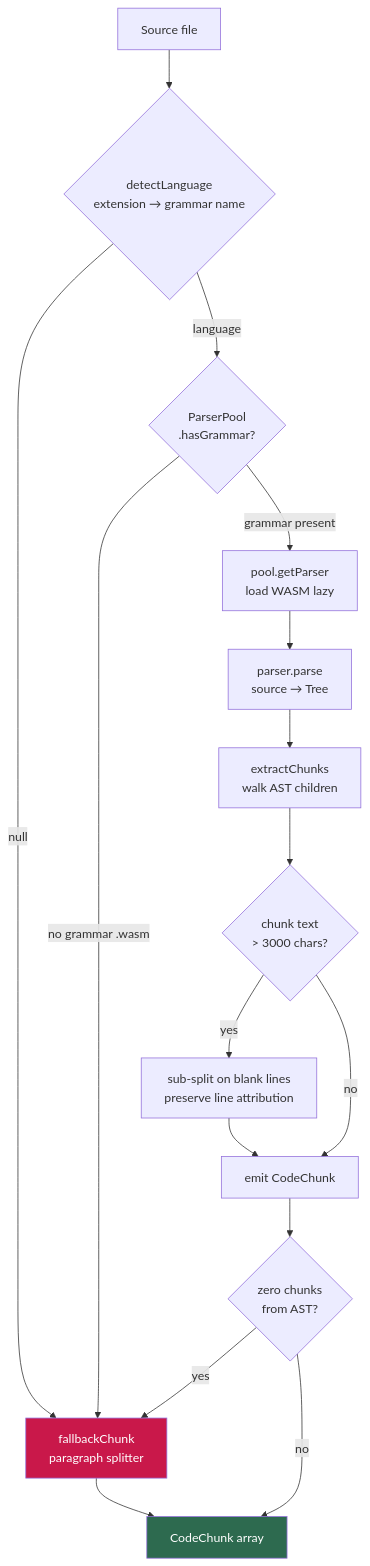
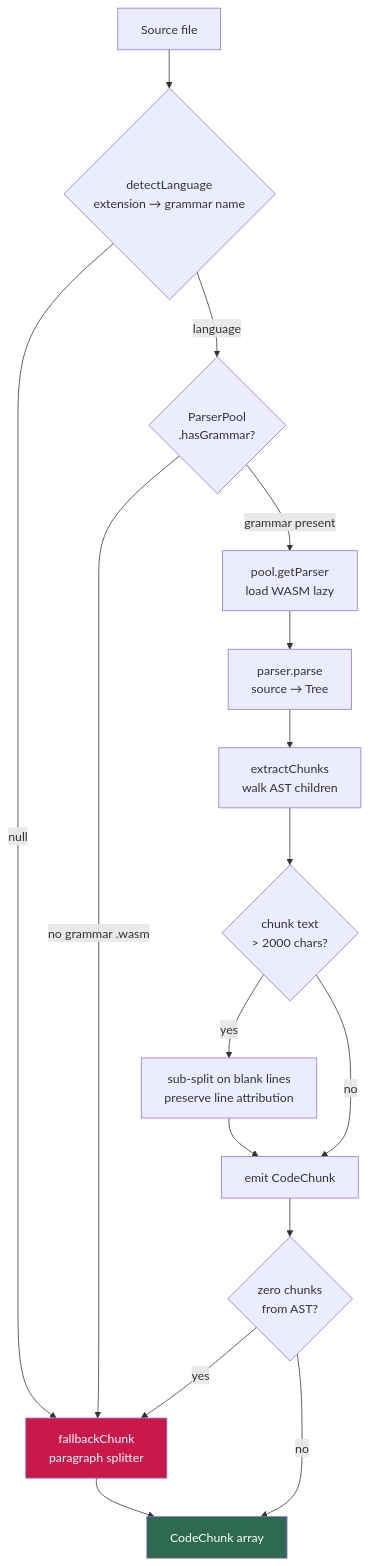
One commit to vansweej/ai-coding changed the fifth of 8 diagrams in docs/codebase-indexer.md. Above: the diagram before and after it, drawn with Mermaid. The commit also changed other lines of this file and 11 other files, not shown here.

````diff
--- a/docs/codebase-indexer.md
+++ b/docs/codebase-indexer.md
@@ -232,21 +232,21 @@
 ```mermaid
 flowchart TD
     A[Source file] --> B{detectLanguage\nextension → grammar name}
     B -->|null| FALL[fallbackChunk\nparagraph splitter]
     B -->|language| C{ParserPool\n.hasGrammar?}
     C -->|no grammar .wasm| FALL
     C -->|grammar present| D[pool.getParser\nload WASM lazy]
     D --> E[parser.parse\nsource → Tree]
     E --> F[extractChunks\nwalk AST children]
-    F --> G{chunk text\n> 3000 chars?}
+    F --> G{chunk text\n> 2000 chars?}
     G -->|yes| H[sub-split on blank lines\npreserve line attribution]
     G -->|no| I[emit CodeChunk]
     H --> I
     I --> J{zero chunks\nfrom AST?}
     J -->|yes| FALL
     J -->|no| OUT[CodeChunk array]
     FALL --> OUT
 
     style FALL fill:#c9184a,color:#fff
     style OUT fill:#2d6a4f,color:#fff
 ```
````
